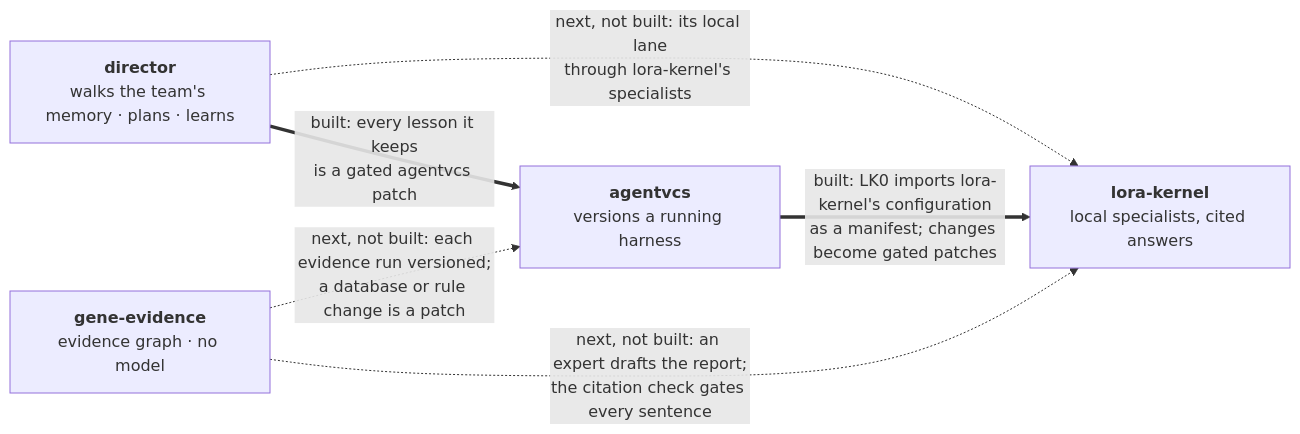
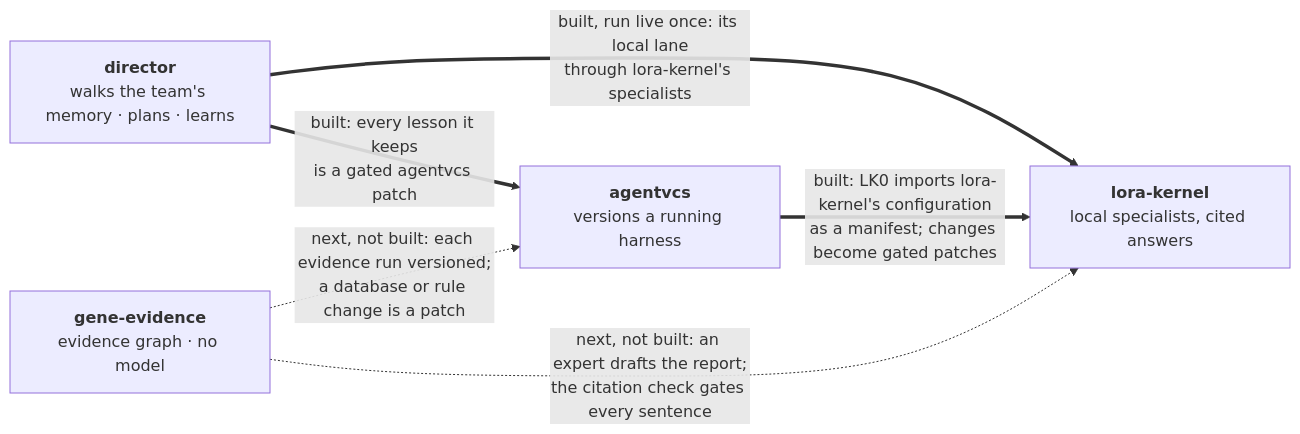
One commit to EvolvingAgentsLabs/.github changed the diagram in profile/README.md. Above: the diagram before and after it, drawn with Mermaid. The commit also changed other lines of this file, not shown here.

Commit message:
profile: the director's lora-kernel lane is built, run live once (D4)

````diff
--- a/profile/README.md
+++ b/profile/README.md
@@ -55,12 +55,12 @@
 ```mermaid
 flowchart LR
     DI["<b>director</b><br/>walks the team's memory · plans · learns"]
     GE["<b>gene-evidence</b><br/>evidence graph · no model"]
     LK["<b>lora-kernel</b><br/>local specialists, cited answers"]
     AV["<b>agentvcs</b><br/>versions a running harness"]
     DI == "built: every lesson it keeps<br/>is a gated agentvcs patch" ==> AV
-    DI -. "next, not built: its local lane<br/>through lora-kernel's specialists" .-> LK
+    DI == "built, run live once: its local lane<br/>through lora-kernel's specialists" ==> LK
     AV == "built: LK0 imports lora-kernel's configuration<br/>as a manifest; changes become gated patches" ==> LK
     GE -. "next, not built: an expert drafts the report;<br/>the citation check gates every sentence" .-> LK
     GE -. "next, not built: each evidence run versioned;<br/>a database or rule change is a patch" .-> AV
 ```
````
